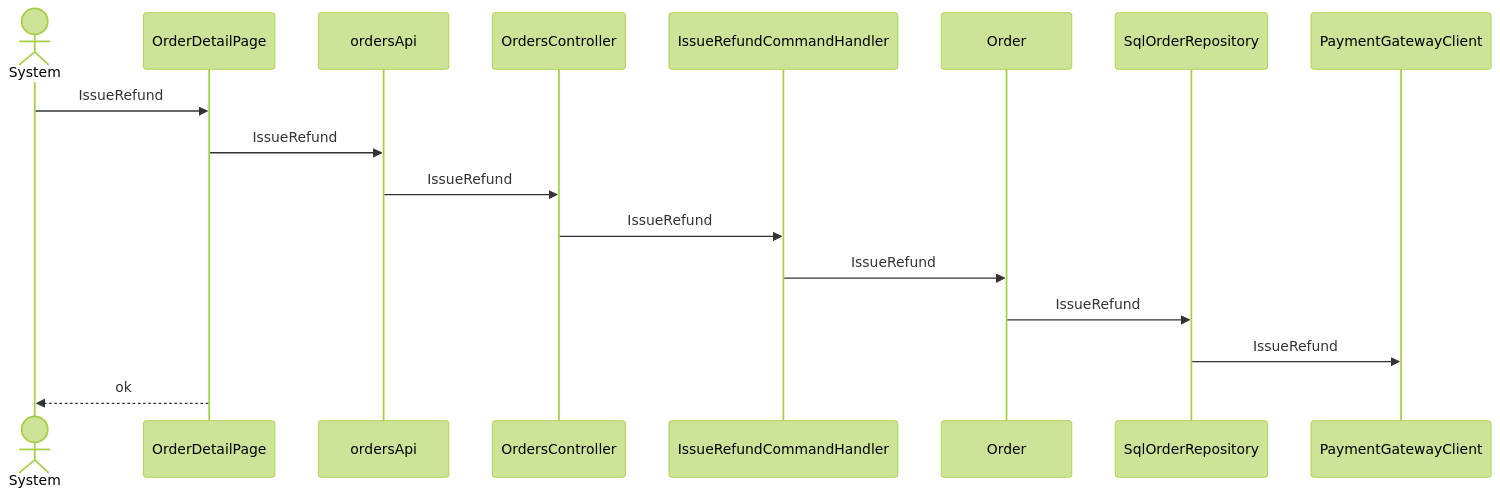
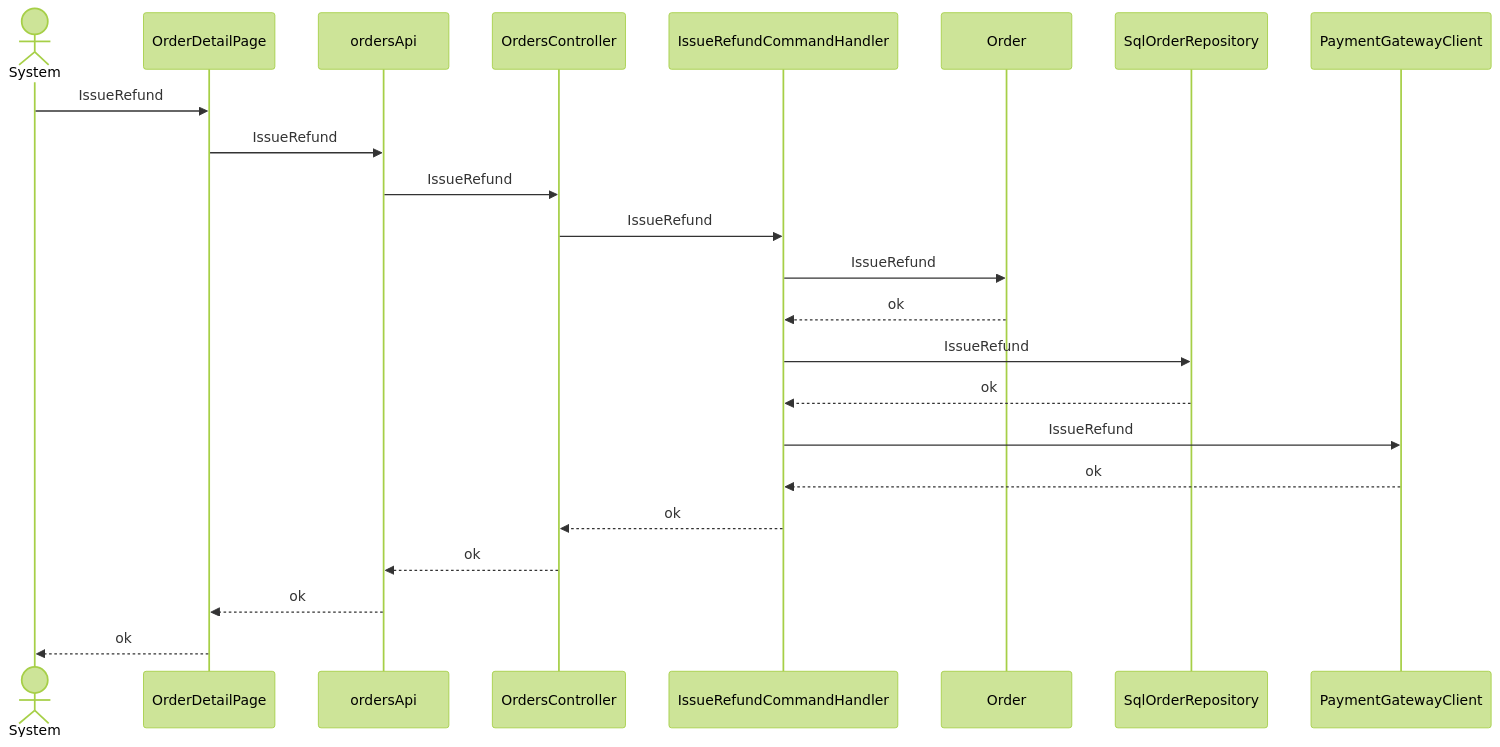
Before and after one commit to pin0513/AITools: the fifth of 6 diagrams in skills/spec-dev-process/examples/matrix/fs-back-mixed-s1/specs/rd/order-cancel/spec/30-architecture-c4.md, drawn with Mermaid (forest theme). The commit also changed other lines of this file and 257 other files, not shown here.

````diff
--- a/skills/spec-dev-process/examples/matrix/fs-back-mixed-s1/specs/rd/order-cancel/spec/30-architecture-c4.md
+++ b/skills/spec-dev-process/examples/matrix/fs-back-mixed-s1/specs/rd/order-cancel/spec/30-architecture-c4.md
@@ -120,19 +125,25 @@
 ```mermaid
 sequenceDiagram
   actor U as System
   participant CMP001 as OrderDetailPage
   participant CMP002 as ordersApi
   participant CMP003 as OrdersController
   participant CMP005 as IssueRefundCommandHandler
   participant CMP007 as Order
   participant CMP008 as SqlOrderRepository
   participant CMP009 as PaymentGatewayClient
   U->>CMP001: IssueRefund
   CMP001->>CMP002: IssueRefund
   CMP002->>CMP003: IssueRefund
   CMP003->>CMP005: IssueRefund
   CMP005->>CMP007: IssueRefund
-  CMP007->>CMP008: IssueRefund
-  CMP008->>CMP009: IssueRefund
+  CMP007-->>CMP005: ok
+  CMP005->>CMP008: IssueRefund
+  CMP008-->>CMP005: ok
+  CMP005->>CMP009: IssueRefund
+  CMP009-->>CMP005: ok
+  CMP005-->>CMP003: ok
+  CMP003-->>CMP002: ok
+  CMP002-->>CMP001: ok
   CMP001-->>U: ok
 ```
````
